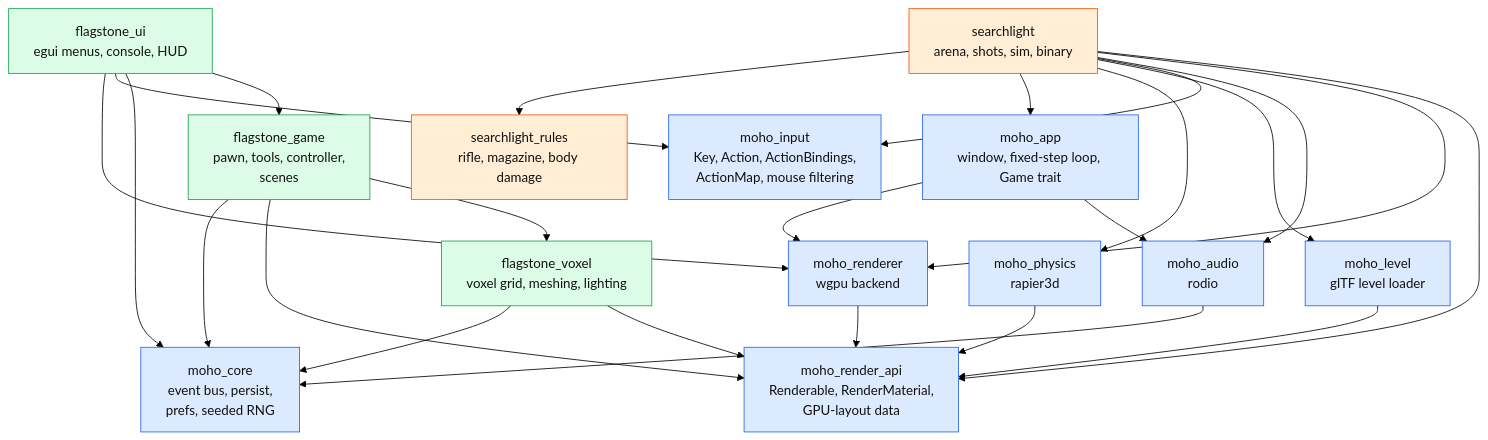
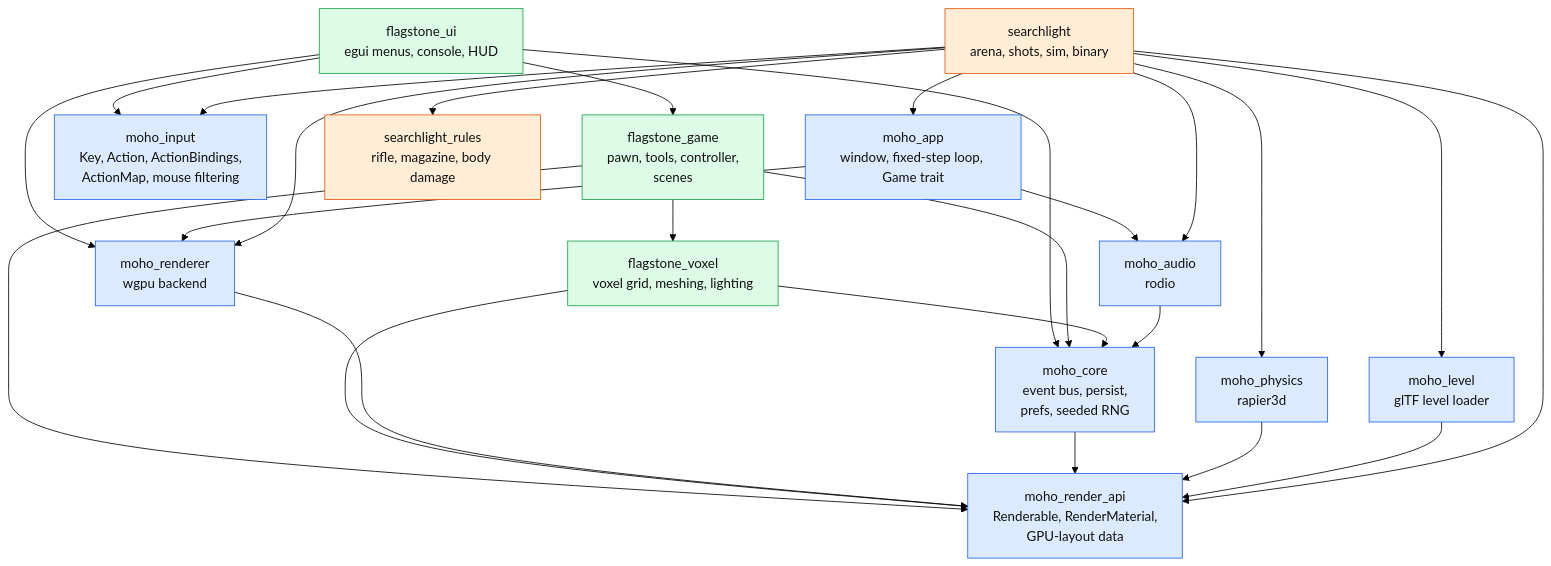
Before and after one commit to WrackedFella/moho: the first of 3 diagrams in wiki/architecture/overview.md, drawn with Mermaid (forest theme).

Commit message:
docs(arch): moho_core depends on moho_render_api (ENG-F24-02)

````diff
--- a/wiki/architecture/overview.md
+++ b/wiki/architecture/overview.md
@@ -17,31 +17,32 @@
 ```mermaid
 flowchart TD
     ui["flagstone_ui<br/>egui menus, console, HUD"]:::strategy
     game["flagstone_game<br/>pawn, tools, controller,<br/>scenes"]:::strategy
     voxel["flagstone_voxel<br/>voxel grid, meshing, lighting"]:::strategy
 
     renderer["moho_renderer<br/>wgpu backend"]:::engine
     rapi["moho_render_api<br/>Renderable, RenderMaterial,<br/>GPU-layout data"]:::engine
     core["moho_core<br/>event bus, persist,<br/>prefs, seeded RNG"]:::engine
     audio["moho_audio<br/>rodio"]:::engine
     physics["moho_physics<br/>rapier3d"]:::engine
     input["moho_input<br/>Key, Action, ActionBindings,<br/>ActionMap, mouse filtering"]:::engine
     app["moho_app<br/>window, fixed-step loop, Game trait"]:::engine
     level["moho_level<br/>glTF level loader"]:::engine
     fps["searchlight_rules<br/>rifle, magazine, body damage"]:::fps
     fpsgame["searchlight<br/>arena, shots, sim, binary"]:::fps
 
     ui --> renderer & input & core & game
     game --> core & rapi & voxel
     voxel --> core & rapi
     renderer --> rapi
     app --> renderer & audio
     audio --> core
+    core --> rapi
     physics --> rapi
     level --> rapi
     fpsgame --> fps & app & physics & level & input & audio & renderer & rapi
 
     classDef engine fill:#dbeafe,stroke:#2563eb,color:#111
     classDef strategy fill:#dcfce7,stroke:#16a34a,color:#111
     classDef fps fill:#ffedd5,stroke:#ea580c,color:#111
 ```
````
